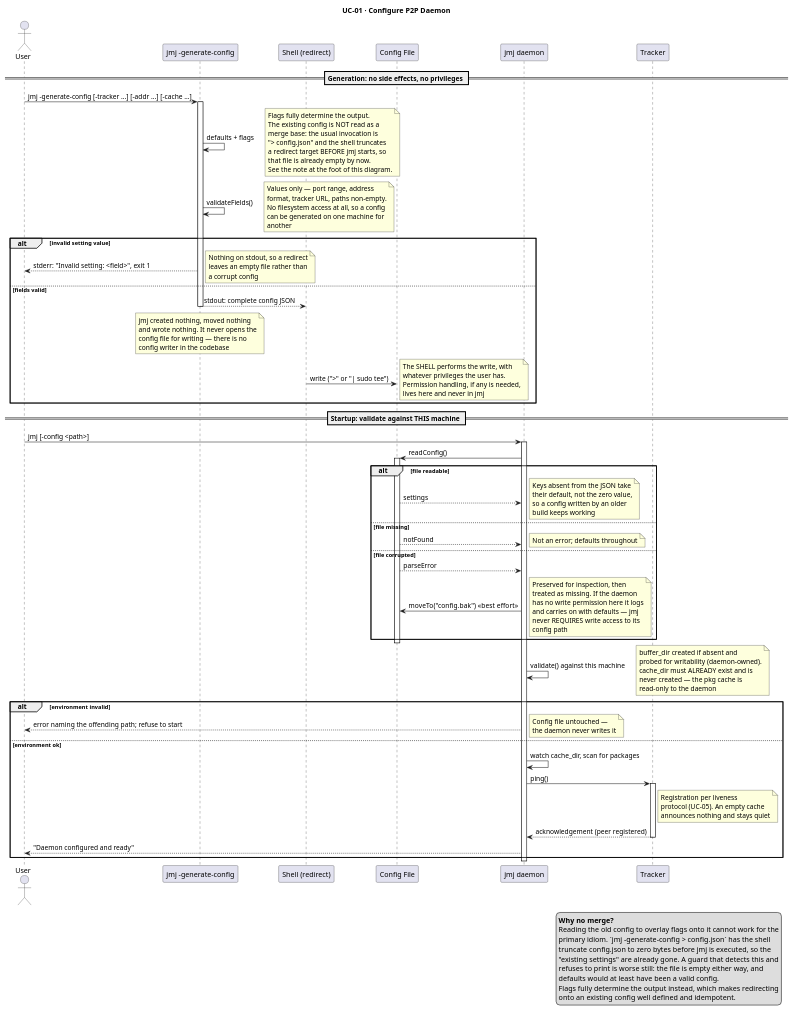
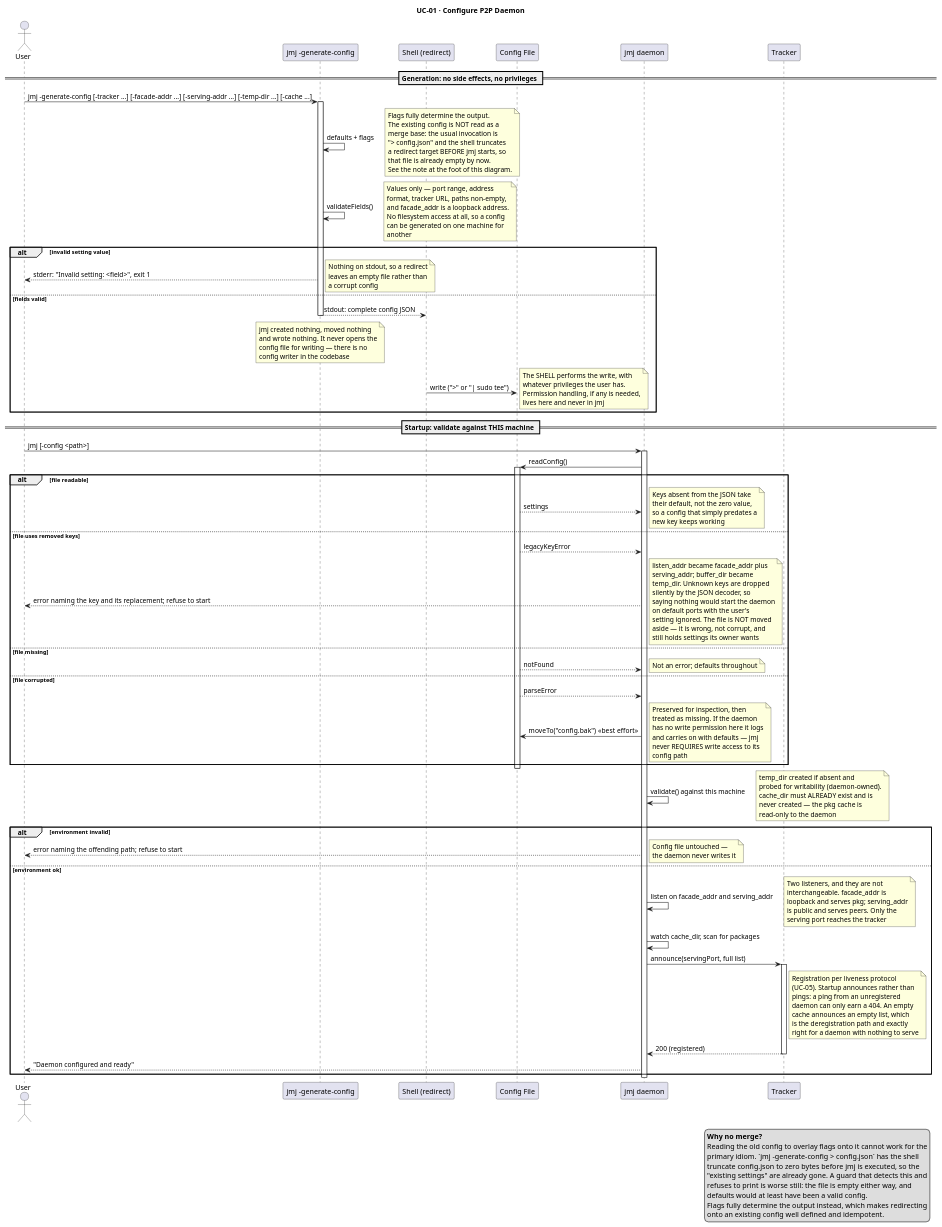
Before and after one commit to ndrew222/p2p-pkg-daemon: the diagram in docs/uc-01.puml, drawn with PlantUML. The commit also changed 2 other files, not shown here.

First paragraph of the commit message:
docs: bring UC-01 in line with the two-address config
UC-01 was the stale document HANDOFF.md §1 flagged: one listen address,
buffer_dir, and a startup ping(). All three are now wrong.

```diff
--- a/docs/uc-01.puml
+++ b/docs/uc-01.puml
@@ -1,90 +1,98 @@
 @startuml
 title UC-01 · Configure P2P Daemon
 
 actor       User
 participant "jmj -generate-config" as Gen
 participant "Shell (redirect)"     as Shell
 participant "Config File"          as Config
 participant "jmj daemon"           as Daemon
 participant Tracker
 
 == Generation: no side effects, no privileges ==
 
-User -> Gen : jmj -generate-config [-tracker ...] [-addr ...] [-cache ...]
+User -> Gen : jmj -generate-config [-tracker ...] [-facade-addr ...] [-serving-addr ...] [-temp-dir ...] [-cache ...]
 activate Gen
 
 Gen -> Gen : defaults + flags
 note right : Flags fully determine the output.\nThe existing config is NOT read as a\nmerge base: the usual invocation is\n"> config.json" and the shell truncates\na redirect target BEFORE jmj starts, so\nthat file is already empty by now.\nSee the note at the foot of this diagram.
 
 Gen -> Gen : validateFields()
-note right : Values only — port range, address\nformat, tracker URL, paths non-empty.\nNo filesystem access at all, so a config\ncan be generated on one machine for\nanother
+note right : Values only — port range, address\nformat, tracker URL, paths non-empty,\nand facade_addr is a loopback address.\nNo filesystem access at all, so a config\ncan be generated on one machine for\nanother
 
 alt invalid setting value
 Gen --> User : stderr: "Invalid setting: <field>", exit 1
 note right : Nothing on stdout, so a redirect\nleaves an empty file rather than\na corrupt config
 
 else fields valid
 Gen --> Shell : stdout: complete config JSON
 deactivate Gen
 note over Gen : jmj created nothing, moved nothing\nand wrote nothing. It never opens the\nconfig file for writing — there is no\nconfig writer in the codebase
 
 Shell -> Config : write (">" or "| sudo tee")
 note right : The SHELL performs the write, with\nwhatever privileges the user has.\nPermission handling, if any is needed,\nlives here and never in jmj
 end
 
 == Startup: validate against THIS machine ==
 
 User -> Daemon : jmj [-config <path>]
 activate Daemon
 
 Daemon -> Config : readConfig()
 activate Config
 
 alt file readable
 Config --> Daemon : settings
-note right : Keys absent from the JSON take\ntheir default, not the zero value,\nso a config written by an older\nbuild keeps working
+note right : Keys absent from the JSON take\ntheir default, not the zero value,\nso a config that simply predates a\nnew key keeps working
+
+else file uses removed keys
+Config --> Daemon : legacyKeyError
+Daemon --> User : error naming the key and its replacement; refuse to start
+note right : listen_addr became facade_addr plus\nserving_addr; buffer_dir became\ntemp_dir. Unknown keys are dropped\nsilently by the JSON decoder, so\nsaying nothing would start the daemon\non default ports with the user's\nsetting ignored. The file is NOT moved\naside — it is wrong, not corrupt, and\nstill holds settings its owner wants
 
 else file missing
 Config --> Daemon : notFound
 note right : Not an error; defaults throughout
 
 else file corrupted
 Config --> Daemon : parseError
 Daemon -> Config : moveTo("config.bak")  <<best effort>>
 note right : Preserved for inspection, then\ntreated as missing. If the daemon\nhas no write permission here it logs\nand carries on with defaults — jmj\nnever REQUIRES write access to its\nconfig path
 end
 deactivate Config
 
 Daemon -> Daemon : validate() against this machine
-note right : buffer_dir created if absent and\nprobed for writability (daemon-owned).\ncache_dir must ALREADY exist and is\nnever created — the pkg cache is\nread-only to the daemon
+note right : temp_dir created if absent and\nprobed for writability (daemon-owned).\ncache_dir must ALREADY exist and is\nnever created — the pkg cache is\nread-only to the daemon
 
 alt environment invalid
 Daemon --> User : error naming the offending path; refuse to start
 note right : Config file untouched —\nthe daemon never writes it
 
 else environment ok
+Daemon -> Daemon : listen on facade_addr and serving_addr
+note right : Two listeners, and they are not\ninterchangeable. facade_addr is\nloopback and serves pkg; serving_addr\nis public and serves peers. Only the\nserving port reaches the tracker
+
 Daemon -> Daemon : watch cache_dir, scan for packages
 
-Daemon -> Tracker : ping()
+Daemon -> Tracker : announce(servingPort, full list)
 activate Tracker
-note right of Tracker : Registration per liveness\nprotocol (UC-05). An empty cache\nannounces nothing and stays quiet
-Tracker --> Daemon : acknowledgement (peer registered)
+note right of Tracker : Registration per liveness protocol\n(UC-05). Startup announces rather than\npings: a ping from an unregistered\ndaemon can only earn a 404. An empty\ncache announces an empty list, which\nis the deregistration path and exactly\nright for a daemon with nothing to serve
+Tracker --> Daemon : 200 (registered)
 deactivate Tracker
 
 Daemon --> User : "Daemon configured and ready"
 end
 
 deactivate Daemon
 
 legend right
   **Why no merge?**
   Reading the old config to overlay flags onto it cannot work for the
   primary idiom. `jmj -generate-config > config.json` has the shell
   truncate config.json to zero bytes before jmj is executed, so the
   "existing settings" are already gone. A guard that detects this and
   refuses to print is worse still: the file is empty either way, and
   defaults would at least have been a valid config.
   Flags fully determine the output instead, which makes redirecting
   onto an existing config well defined and idempotent.
 endlegend
 @enduml
```
